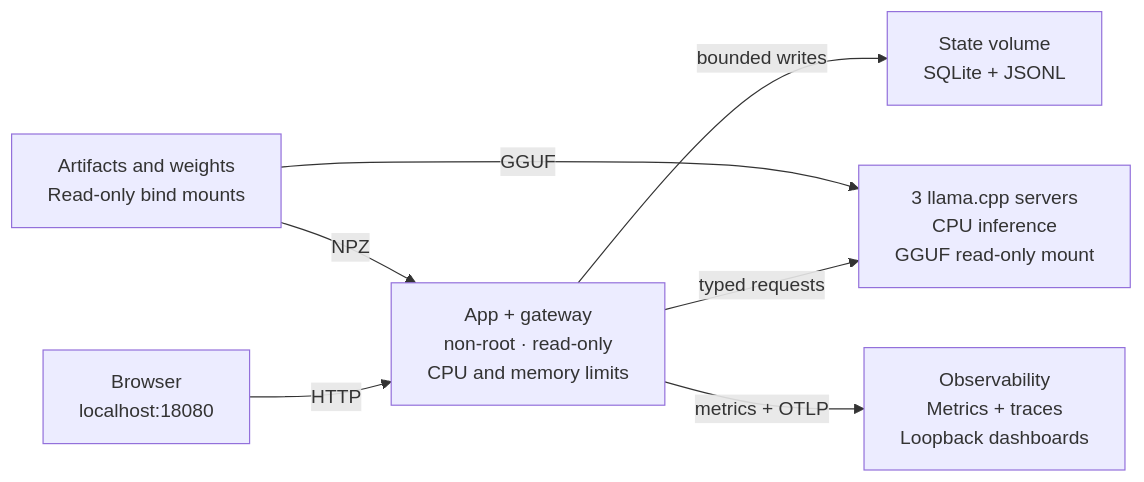
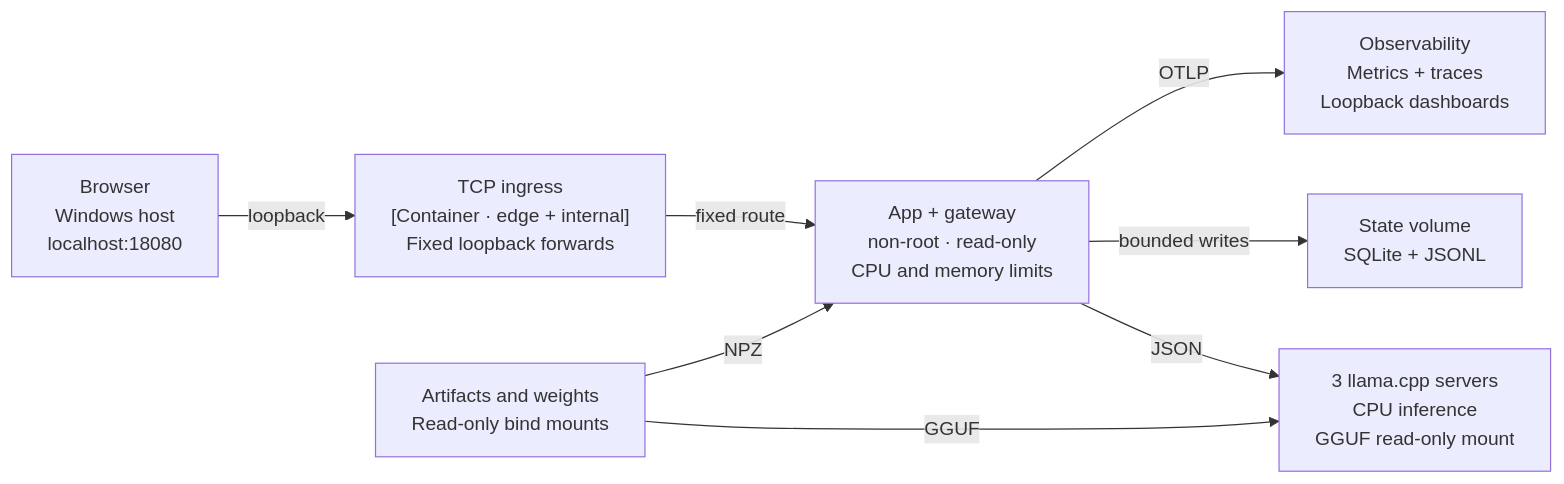
Before and after one commit to Novice2311/movielens-25m-agent-recsys: the diagram in docs/architecture/07-deployment.mmd, drawn with Mermaid. The commit also changed 20 other files, not shown here.

```diff
--- a/docs/architecture/07-deployment.mmd
+++ b/docs/architecture/07-deployment.mmd
@@ -1,13 +1,15 @@
 flowchart LR
-  browser["Browser<br/>localhost:18080"]
+  browser["Browser<br/>Windows host<br/>localhost:18080"]
+  ingress["TCP ingress<br/>[Container · edge + internal]<br/>Fixed loopback forwards"]
   api["App + gateway<br/>non-root · read-only<br/>CPU and memory limits"]
   models["3 llama.cpp servers<br/>CPU inference<br/>GGUF read-only mount"]
   obs["Observability<br/>Metrics + traces<br/>Loopback dashboards"]
   state["State volume<br/>SQLite + JSONL"]
   artifact["Artifacts and weights<br/>Read-only bind mounts"]
-  browser -->|"HTTP"| api
-  api -->|"typed requests"| models
+  browser -->|"loopback"| ingress
+  ingress -->|"fixed route"| api
+  api -->|"JSON"| models
   api -->|"bounded writes"| state
   artifact -->|"GGUF"| models
   artifact -->|"NPZ"| api
-  api -->|"metrics + OTLP"| obs
+  api -->|"OTLP"| obs
```
